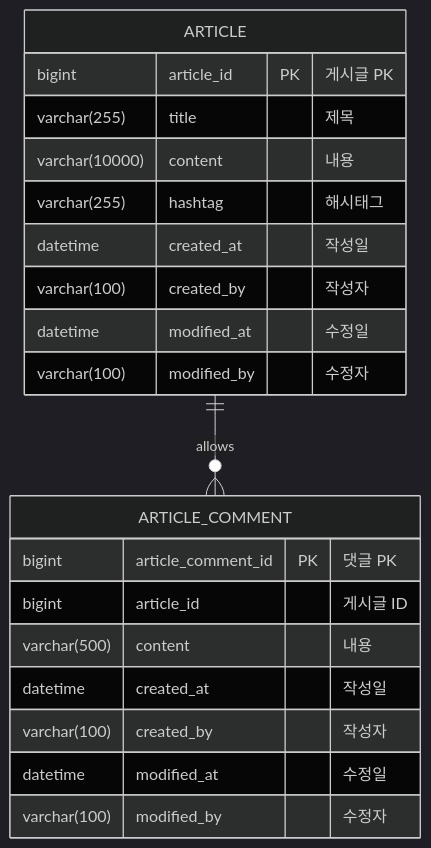
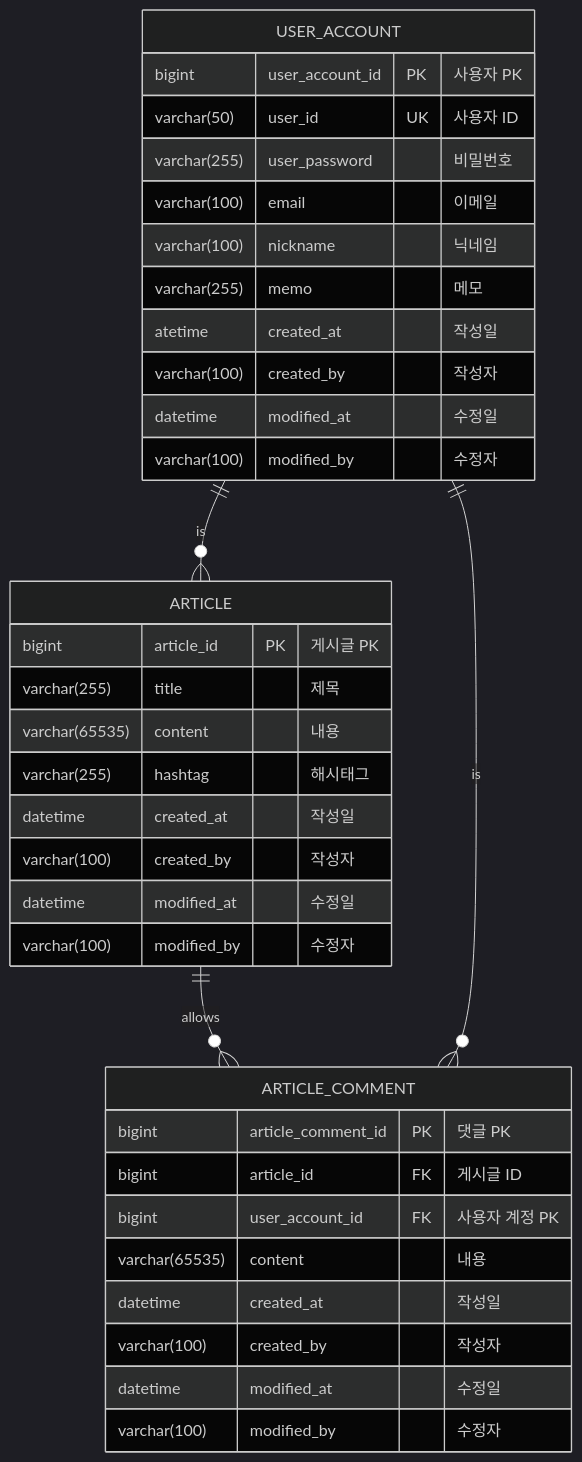
The diagram in README.md (jangseoyun/car-hr-sns), drawn with Mermaid (dark theme) before and after one commit.

Commit message:
doc: user-account 테이블을 추가하여 ERD 작성
- 사용자 테이블을 추가하여 ERD 작성
- 연관관계

````diff
--- a/README.md
+++ b/README.md
@@ -5,24 +5,40 @@
 ``` mermaid
-erDiagram
-    ARTICLE ||--o{ ARTICLE_COMMENT : allows
+erDiagram 
+ARTICLE ||--o{ ARTICLE_COMMENT : allows
     ARTICLE {
         bigint article_id PK "게시글 PK"
         varchar(255) title "제목" 
-        varchar(10000) content "내용"
+        varchar(65535) content "내용"
         varchar(255) hashtag "해시태그"
         datetime created_at "작성일"
         varchar(100) created_by "작성자"
         datetime modified_at "수정일"
         varchar(100) modified_by "수정자"
     }
 
     ARTICLE_COMMENT {
         bigint article_comment_id PK "댓글 PK"
-        bigint article_id "게시글 ID"
-        varchar(500) content "내용"
+        bigint article_id FK "게시글 ID"
+        bigint user_account_id FK "사용자 계정 PK"
+        varchar(65535) content "내용"
         datetime created_at "작성일"
         varchar(100) created_by "작성자"
         datetime modified_at "수정일"
         varchar(100) modified_by "수정자"
     }
+
+USER_ACCOUNT ||--o{ ARTICLE : is
+USER_ACCOUNT ||--o{ ARTICLE_COMMENT : is
+    USER_ACCOUNT {
+        bigint user_account_id PK "사용자 PK"
+        varchar(50) user_id UK "사용자 ID"
+        varchar(255) user_password "비밀번호"
+        varchar(100) email "이메일"
+        varchar(100) nickname "닉네임"
+        varchar(255) memo "메모" 
+        atetime created_at "작성일"
+        varchar(100) created_by "작성자"
+        datetime modified_at "수정일"
+        varchar(100) modified_by "수정자"
+    }
 ```
````
